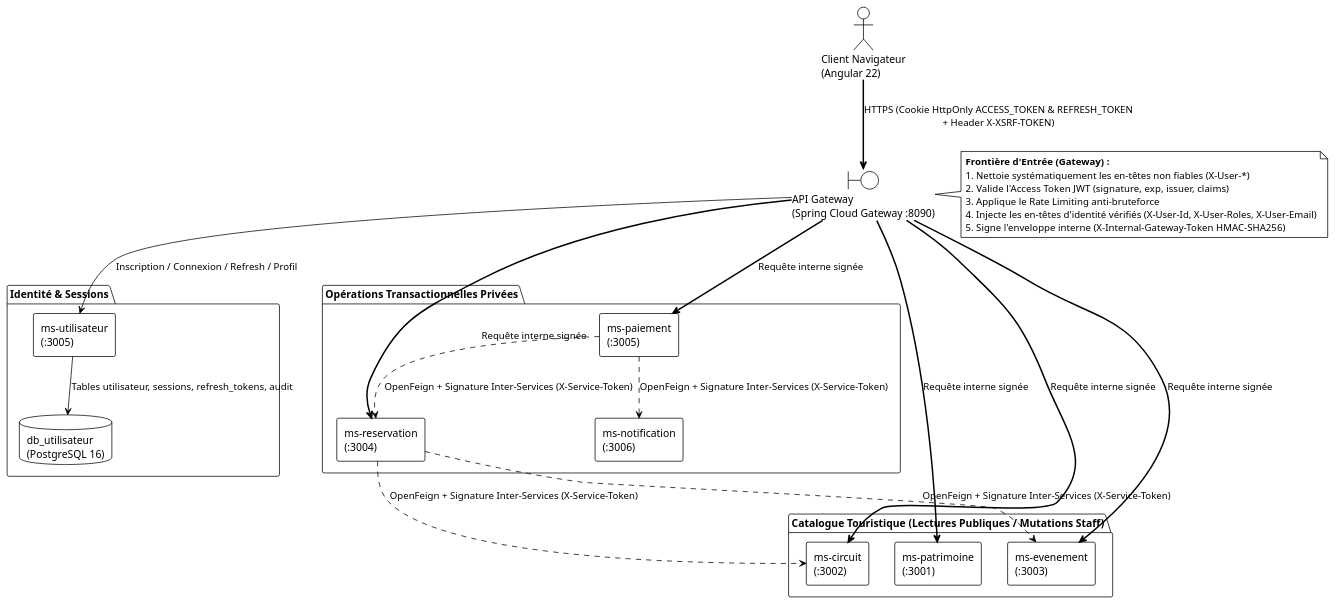
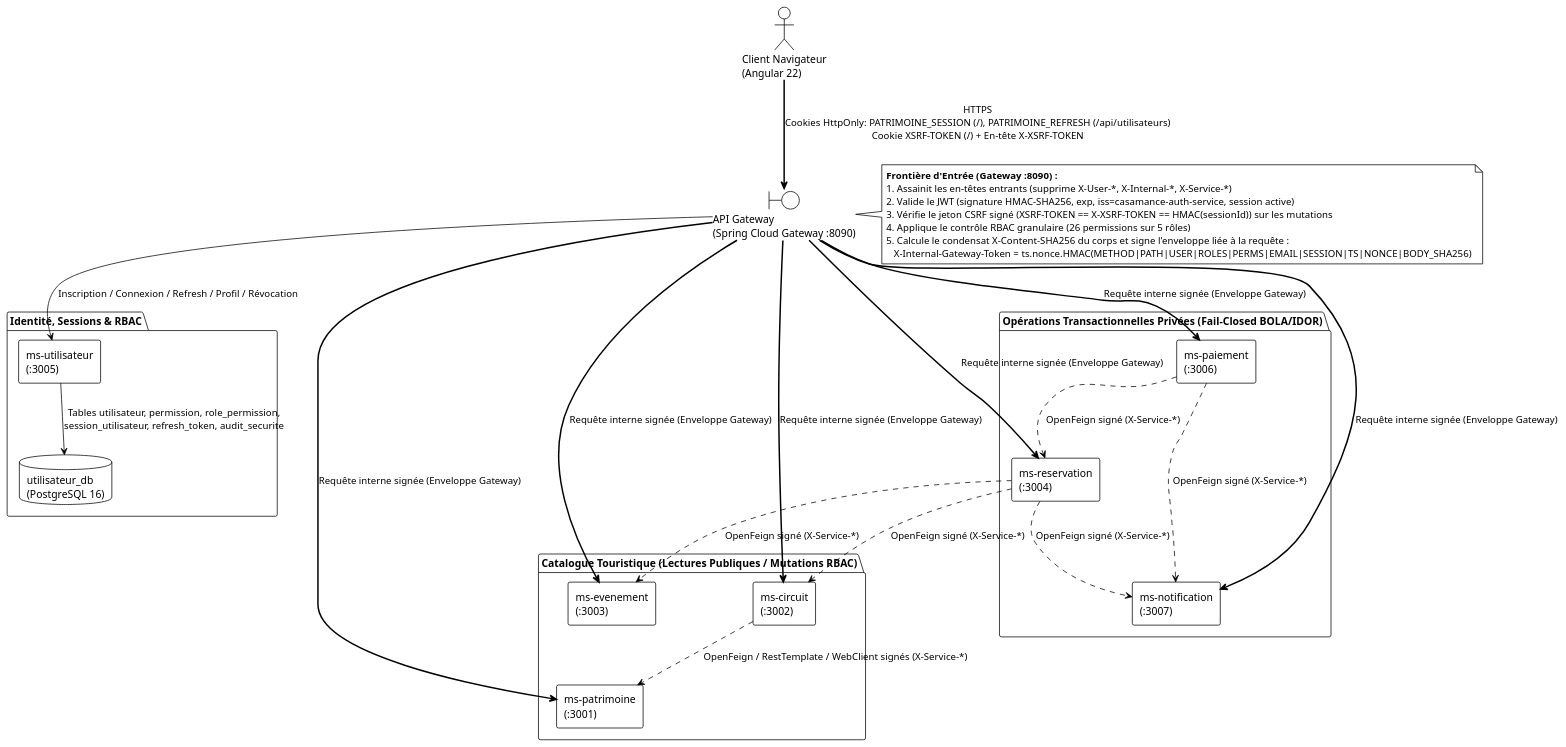
One commit to ona79/micro-service changed the first of 3 diagrams in docs/security/P02_ARCHITECTURE_SECURITE.md. Above: the diagram before and after it, drawn with PlantUML. The commit also changed other lines of this file and 5 other files, not shown here.

Commit message:
docs(security): alignement documentaire P02-CORRECTION, formules HMAC, procédures secrets et métriques PostgreSQL 16

````diff
--- a/docs/security/P02_ARCHITECTURE_SECURITE.md
+++ b/docs/security/P02_ARCHITECTURE_SECURITE.md
@@ -10,50 +24,54 @@
 ```plantuml
 @startuml P02_Security_Components
 !theme plain
 skinparam componentStyle rectangle
 
 actor "Client Navigateur\n(Angular 22)" as Client
 boundary "API Gateway\n(Spring Cloud Gateway :8090)" as Gateway
 
-package "Identité & Sessions" {
+package "Identité, Sessions & RBAC" {
   component "ms-utilisateur\n(:3005)" as IdP
-  database "db_utilisateur\n(PostgreSQL 16)" as DB_Auth
+  database "utilisateur_db\n(PostgreSQL 16)" as DB_Auth
 }
 
-package "Catalogue Touristique (Lectures Publiques / Mutations Staff)" {
+package "Catalogue Touristique (Lectures Publiques / Mutations RBAC)" {
   component "ms-patrimoine\n(:3001)" as MS_Patrimoine
   component "ms-circuit\n(:3002)" as MS_Circuit
   component "ms-evenement\n(:3003)" as MS_Evenement
 }
 
-package "Opérations Transactionnelles Privées" {
+package "Opérations Transactionnelles Privées (Fail-Closed BOLA/IDOR)" {
   component "ms-reservation\n(:3004)" as MS_Reservation
-  component "ms-paiement\n(:3005)" as MS_Paiement
-  component "ms-notification\n(:3006)" as MS_Notification
+  component "ms-paiement\n(:3006)" as MS_Paiement
+  component "ms-notification\n(:3007)" as MS_Notification
 }
 
-Client ==> Gateway : HTTPS (Cookie HttpOnly ACCESS_TOKEN & REFRESH_TOKEN\n+ Header X-XSRF-TOKEN)
-Gateway --> IdP : Inscription / Connexion / Refresh / Profil
-IdP --> DB_Auth : Tables utilisateur, sessions, refresh_tokens, audit
+Client ==> Gateway : HTTPS\nCookies HttpOnly: PATRIMOINE_SESSION (/), PATRIMOINE_REFRESH (/api/utilisateurs)\nCookie XSRF-TOKEN (/) + En-tête X-XSRF-TOKEN
+Gateway --> IdP : Inscription / Connexion / Refresh / Profil / Révocation
+IdP --> DB_Auth : Tables utilisateur, permission, role_permission,\nsession_utilisateur, refresh_token, audit_securite
 
 note right of Gateway
-  <b>Frontière d'Entrée (Gateway) :</b>
-  1. Nettoie systématiquement les en-têtes non fiables (X-User-*)
-  2. Valide l'Access Token JWT (signature, exp, issuer, claims)
-  3. Applique le Rate Limiting anti-bruteforce
-  4. Injecte les en-têtes d'identité vérifiés (X-User-Id, X-User-Roles, X-User-Email)
-  5. Signe l'enveloppe interne (X-Internal-Gateway-Token HMAC-SHA256)
+  <b>Frontière d'Entrée (Gateway :8090) :</b>
+  1. Assainit les en-têtes entrants (supprime X-User-*, X-Internal-*, X-Service-*)
+  2. Valide le JWT (signature HMAC-SHA256, exp, iss=casamance-auth-service, session active)
+  3. Vérifie le jeton CSRF signé (XSRF-TOKEN == X-XSRF-TOKEN == HMAC(sessionId)) sur les mutations
+  4. Applique le contrôle RBAC granulaire (26 permissions sur 5 rôles)
+  5. Calcule le condensat X-Content-SHA256 du corps et signe l'enveloppe liée à la requête :
+     X-Internal-Gateway-Token = ts.nonce.HMAC(METHOD|PATH|USER|ROLES|PERMS|EMAIL|SESSION|TS|NONCE|BODY_SHA256)
 end note
 
-Gateway ==> MS_Patrimoine : Requête interne signée
-Gateway ==> MS_Circuit : Requête interne signée
-Gateway ==> MS_Evenement : Requête interne signée
-Gateway ==> MS_Reservation : Requête interne signée
-Gateway ==> MS_Paiement : Requête interne signée
+Gateway ==> MS_Patrimoine : Requête interne signée (Enveloppe Gateway)
+Gateway ==> MS_Circuit : Requête interne signée (Enveloppe Gateway)
+Gateway ==> MS_Evenement : Requête interne signée (Enveloppe Gateway)
+Gateway ==> MS_Reservation : Requête interne signée (Enveloppe Gateway)
+Gateway ==> MS_Paiement : Requête interne signée (Enveloppe Gateway)
+Gateway ==> MS_Notification : Requête interne signée (Enveloppe Gateway)
 
-MS_Reservation ..> MS_Circuit : OpenFeign + Signature Inter-Services (X-Service-Token)
-MS_Reservation ..> MS_Evenement : OpenFeign + Signature Inter-Services (X-Service-Token)
-MS_Paiement ..> MS_Reservation : OpenFeign + Signature Inter-Services (X-Service-Token)
-MS_Paiement ..> MS_Notification : OpenFeign + Signature Inter-Services (X-Service-Token)
+MS_Circuit ..> MS_Patrimoine : OpenFeign / RestTemplate / WebClient signés (X-Service-*)
+MS_Reservation ..> MS_Circuit : OpenFeign signé (X-Service-*)
+MS_Reservation ..> MS_Evenement : OpenFeign signé (X-Service-*)
+MS_Reservation ..> MS_Notification : OpenFeign signé (X-Service-*)
+MS_Paiement ..> MS_Reservation : OpenFeign signé (X-Service-*)
+MS_Paiement ..> MS_Notification : OpenFeign signé (X-Service-*)
 @enduml
 ```
````
